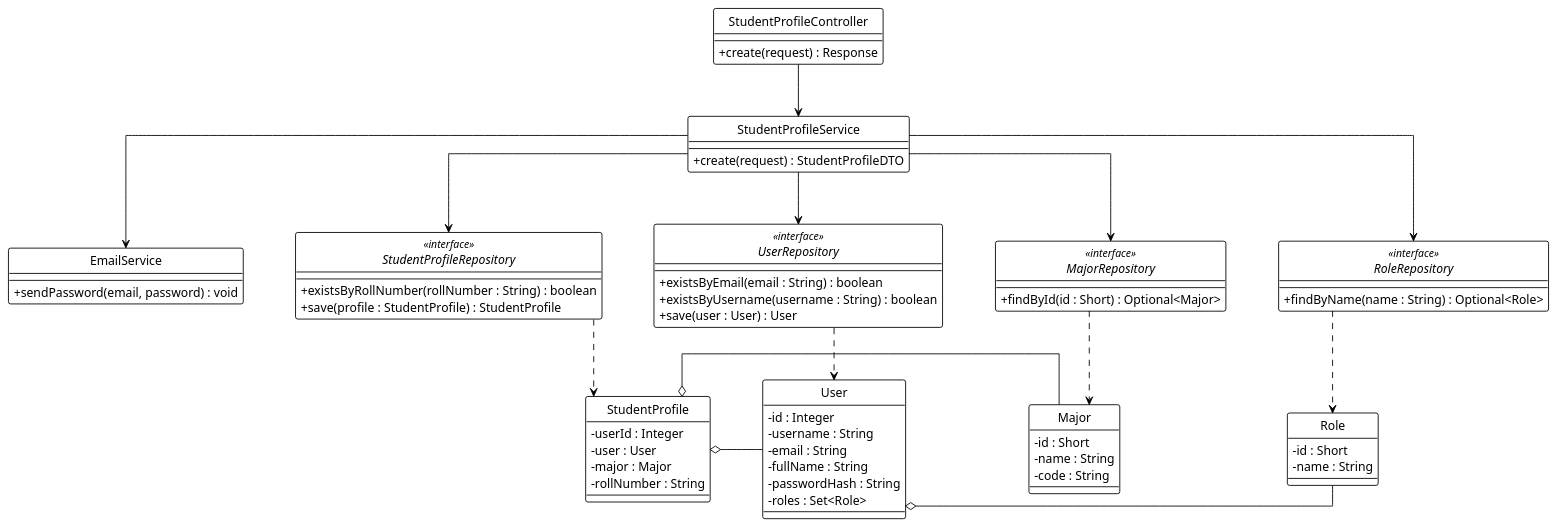
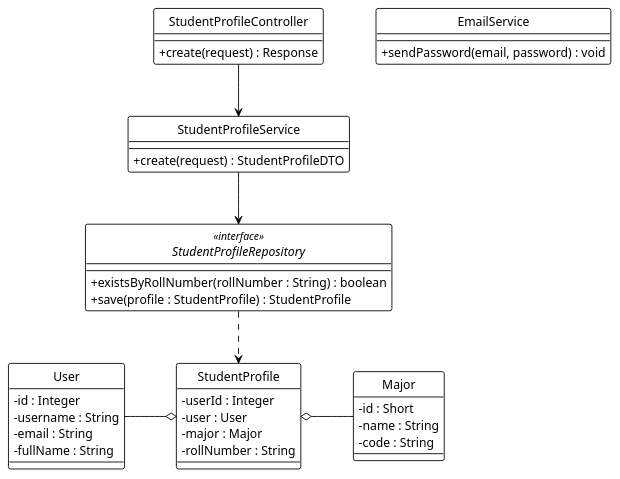
One commit to Ndh474/context changed the diagram in system_detailed_design/44_create_student/class_diagram_create_student.puml. Above: the diagram before and after it, drawn with PlantUML. The commit also changed 10 other files, not shown here.

```diff
--- a/system_detailed_design/44_create_student/class_diagram_create_student.puml
+++ b/system_detailed_design/44_create_student/class_diagram_create_student.puml
@@ -1,92 +1,63 @@
 @startuml create_student
 !theme plain
 hide circle
 skinparam classAttributeIconSize 0
 
 ' --- CẤU HÌNH "ORTHO" (BẮT BUỘC) ---
 skinparam linetype ortho
 skinparam nodesep 60
 skinparam ranksep 60
 
 ' --- CONTROLLER ---
 class StudentProfileController {
   + create(request) : Response
 }
 
 ' --- SERVICE ---
 class StudentProfileService {
   + create(request) : StudentProfileDTO
 }
 
 class EmailService {
   + sendPassword(email, password) : void
 }
 
 ' --- REPOSITORY ---
 interface StudentProfileRepository <<interface>> {
   + existsByRollNumber(rollNumber : String) : boolean
   + save(profile : StudentProfile) : StudentProfile
 }
 
-interface UserRepository <<interface>> {
-  + existsByEmail(email : String) : boolean
-  + existsByUsername(username : String) : boolean
-  + save(user : User) : User
-}
-
-interface MajorRepository <<interface>> {
-  + findById(id : Short) : Optional<Major>
-}
-
-interface RoleRepository <<interface>> {
-  + findByName(name : String) : Optional<Role>
-}
-
 ' --- ENTITIES ---
 class StudentProfile {
   - userId : Integer
   - user : User
   - major : Major
   - rollNumber : String
 }
 
 class User {
   - id : Integer
   - username : String
   - email : String
   - fullName : String
-  - passwordHash : String
-  - roles : Set<Role>
 }
 
 class Major {
   - id : Short
   - name : String
   - code : String
 }
 
-class Role {
-  - id : Short
-  - name : String
-}
-
 ' --- DEPENDENCY INJECTION (Association) ---
 StudentProfileController -down-> StudentProfileService
 StudentProfileService -down-> StudentProfileRepository
-StudentProfileService -down-> UserRepository
-StudentProfileService -down-> MajorRepository
-StudentProfileService -down-> RoleRepository
-StudentProfileService -down-> EmailService
 
 ' --- REPOSITORY USAGE (Dependency) ---
 StudentProfileRepository .down.> StudentProfile
-UserRepository .down.> User
-MajorRepository .down.> Major
-RoleRepository .down.> Role
 
 ' --- ENTITY RELATIONSHIPS (Aggregation) ---
-StudentProfile o-right- User
+StudentProfile o-left- User
 StudentProfile o-right- Major
-User o-right- Role
 
 @enduml
```
